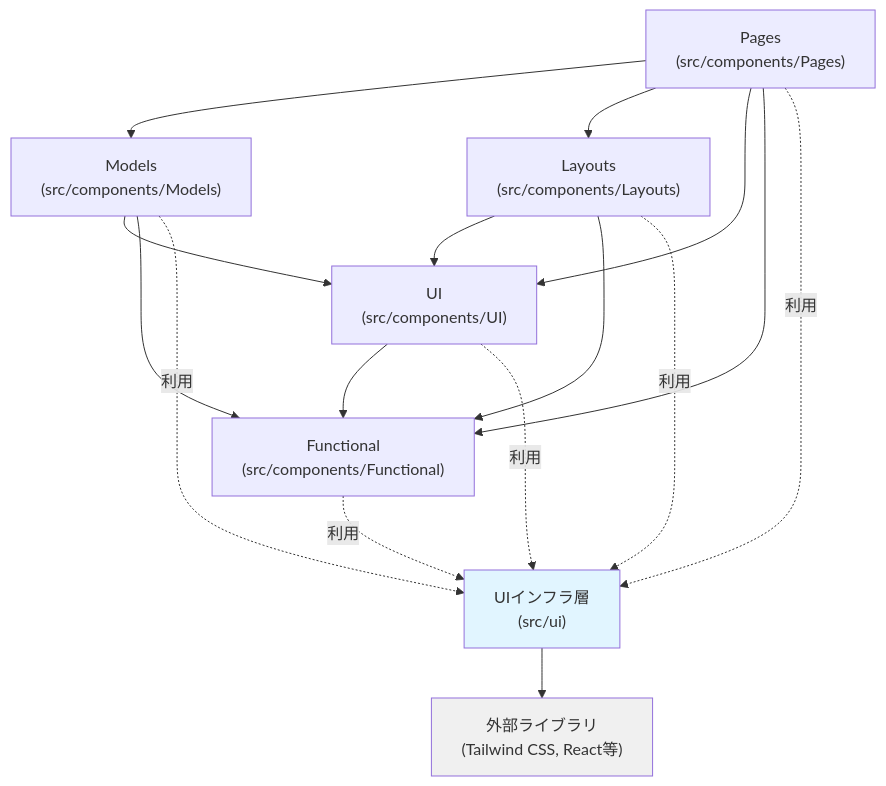
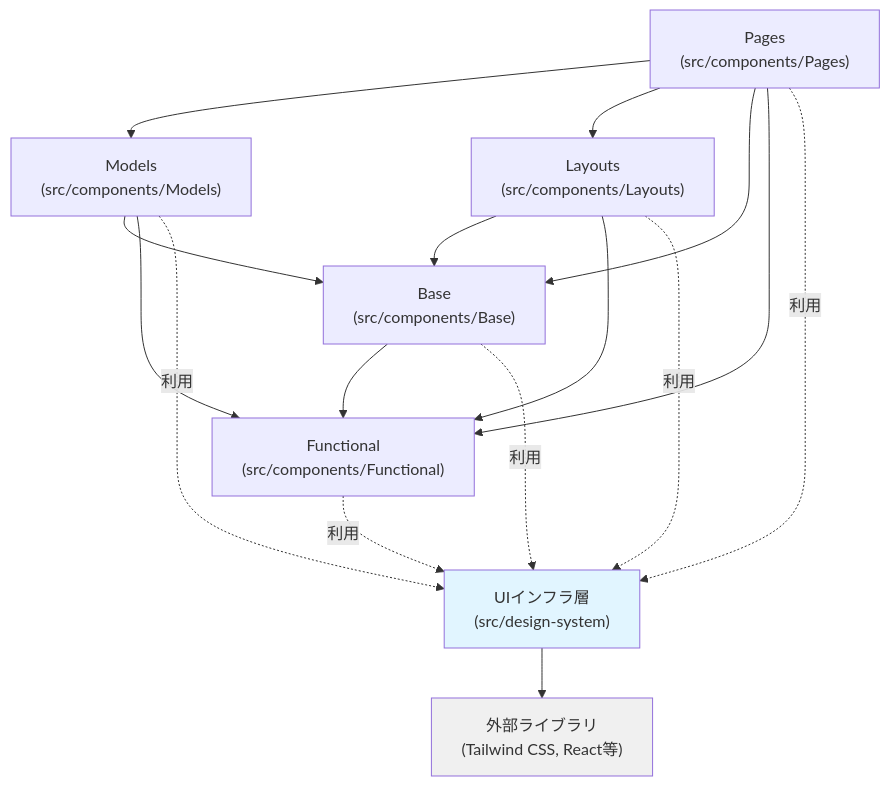
Before and after one commit to taiga-K/frontend-template: the second of 2 diagrams in AGENTS.md, drawn with Mermaid. The commit also changed other lines of this file and 2 other files, not shown here.

First line of the commit message:
refactor(components): ディレクトリ名変更 UI→Base, ui→design-system

````diff
--- a/AGENTS.md
+++ b/AGENTS.md
@@ -426,35 +426,35 @@
 ```mermaid
 flowchart TD
     Pages["Pages<br/>(src/components/Pages)"]
     Models["Models<br/>(src/components/Models)"]
     Layouts["Layouts<br/>(src/components/Layouts)"]
-    UI["UI<br/>(src/components/UI)"]
+    Base["Base<br/>(src/components/Base)"]
     Functional["Functional<br/>(src/components/Functional)"]
-    UIInfra["UIインフラ層<br/>(src/ui)"]
+    UIInfra["UIインフラ層<br/>(src/design-system)"]
     External["外部ライブラリ<br/>(Tailwind CSS, React等)"]
 
     Pages --> Models
     Pages --> Layouts
-    Pages --> UI
+    Pages --> Base
     Pages --> Functional
     
-    Models --> UI
+    Models --> Base
     Models --> Functional
     
-    Layouts --> UI
+    Layouts --> Base
     Layouts --> Functional
     
-    UI --> Functional
+    Base --> Functional
     
     %% UIインフラ層への依存
     Pages -.->|利用| UIInfra
     Models -.->|利用| UIInfra
     Layouts -.->|利用| UIInfra
-    UI -.->|利用| UIInfra
+    Base -.->|利用| UIInfra
     Functional -.->|利用| UIInfra
     
     UIInfra --> External
 
     style UIInfra fill:#e1f5ff
     style External fill:#f0f0f0
 ```
````
